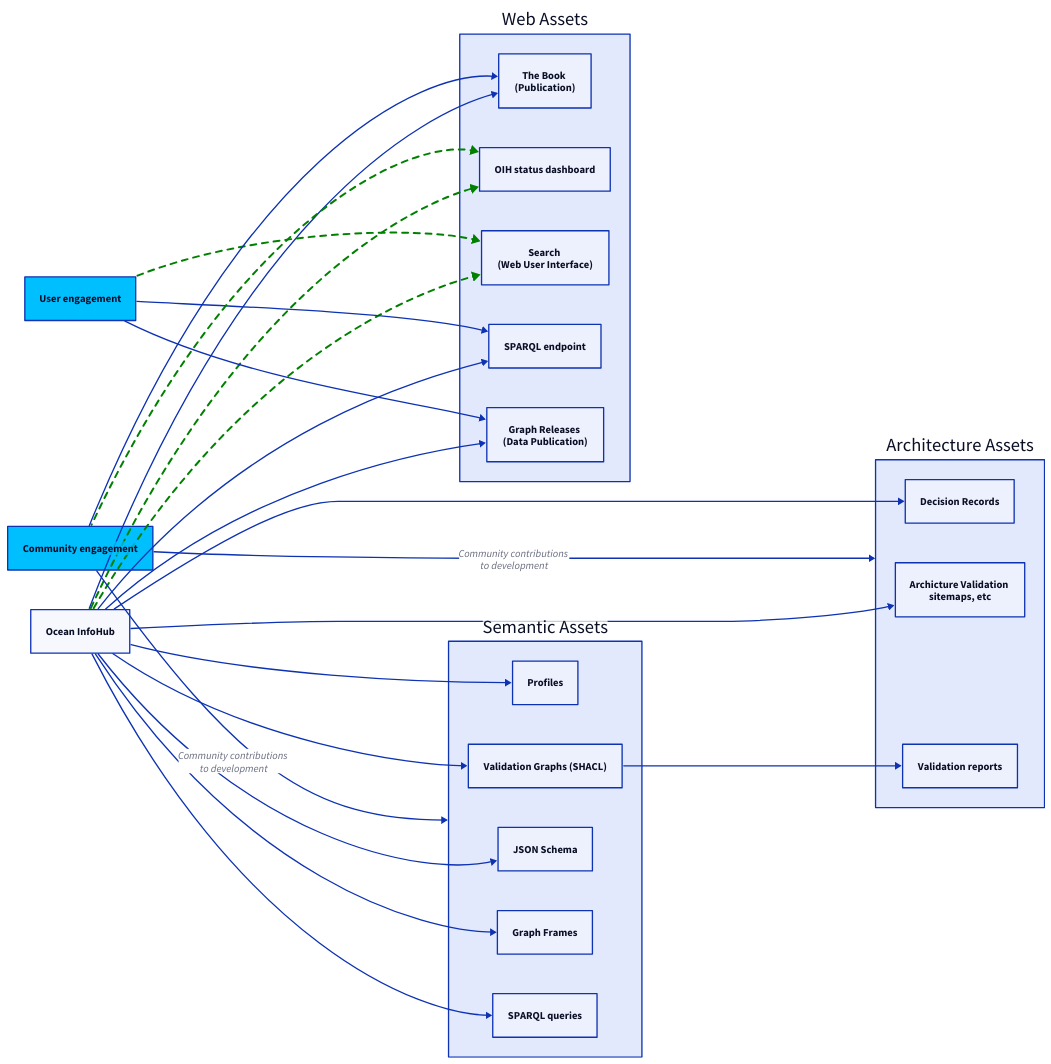
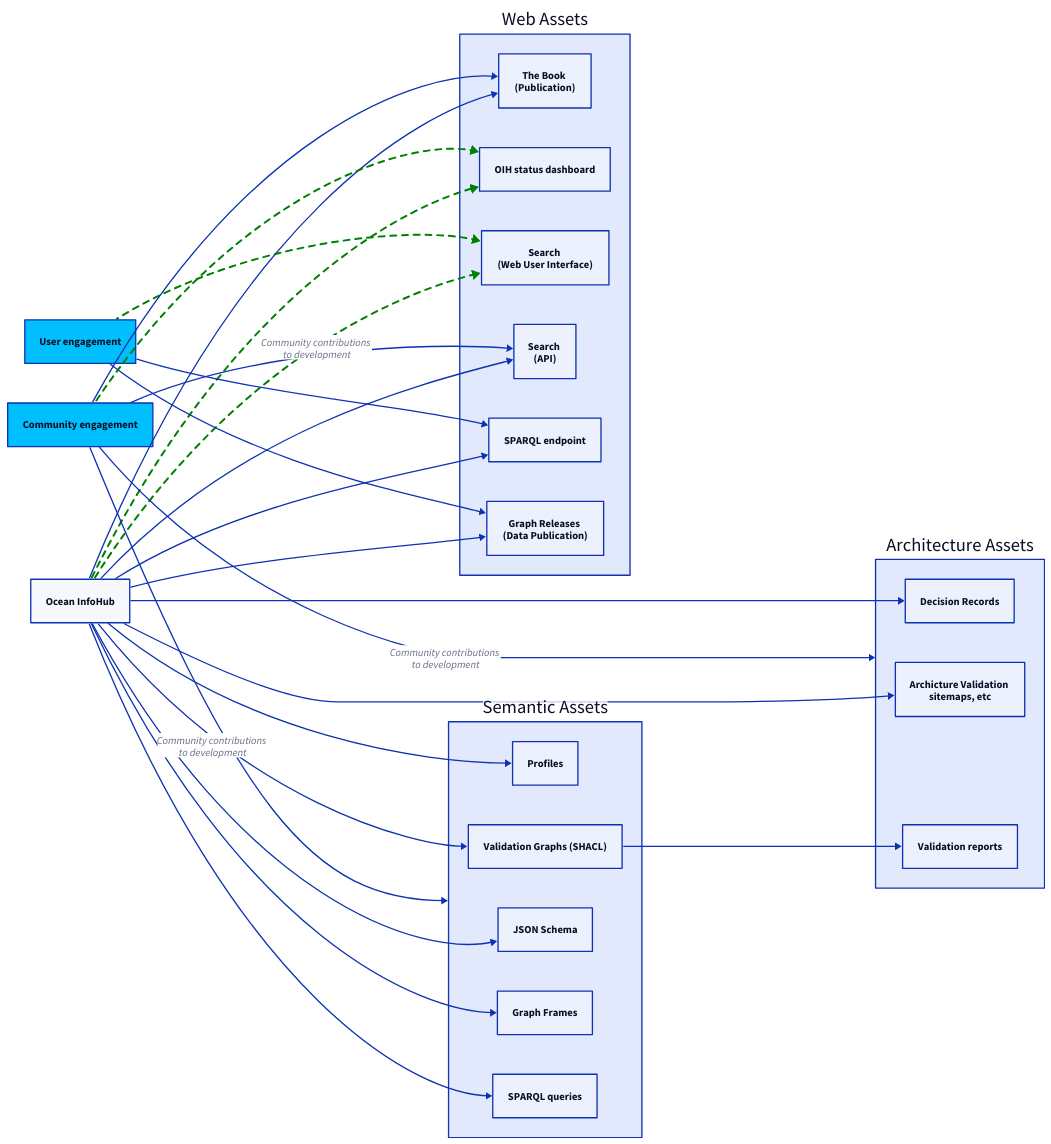
One commit to iodepo/odis-arch changed the diagram in docs/images/oihProducts.d2. Above: the diagram before and after it, drawn with D2. The commit also changed 81 other files, not shown here.

Commit message:
graph tree copy and image updates

```diff
--- a/docs/images/oihProducts.d2
+++ b/docs/images/oihProducts.d2
@@ -1,87 +1,90 @@
 direction: right
 
 oih: Ocean InfoHub
 
 web: Web Assets
 web.book: The Book \n (Publication)
 web.dashboard: OIH status dashboard
 web.search: Search \n (Web User Interface)
+web.api: Search \n (API)
 web.sp: SPARQL endpoint
 web.rg:  Graph Releases \n (Data Publication)
 
 aa: Architecture Assets
 aa.adr:  Decision Records
 aa.av: Archicture Validation \n sitemaps, etc
 aa.reports: Validation reports
 
 oih -> aa.av
 oih -> aa.adr
 
 sa: Semantic Assets
 sa.dg:  Profiles
 sa.sg:  Validation Graphs (SHACL)
 sa.js:  JSON Schema
 sa.fr:  Graph Frames
 sa.rs:  SPARQL queries
 
 
 oih -> web.search {
 style: {
     stroke: green
     stroke-width: 3
     stroke-dash: 3
        }
 }
 oih -> web.dashboard {
 style: {
     stroke: green
     stroke-width: 3
     stroke-dash: 3
        }
 }
 
 oih -> web.sp
+oih -> web.api
 oih -> web.book
 oih -> web.rg
 oih -> sa.dg
 oih -> sa.sg
 oih -> sa.js
 oih -> sa.fr
 oih -> sa.rs
 
 sa.sg -> aa.reports
 
 ce: Community engagement {
   style: {
     fill: deepskyblue
   }
 }
 ue: User engagement {
   style: {
     fill: deepskyblue
   }
 }
 
 web.search <- ue {
 style: {
     stroke: green
     stroke-width: 3
     stroke-dash: 3
        }
 }
 
 web.sp <- ue
 web.rg <- ue
 
 web.dashboard <- ce {
 style: {
     stroke: green
     stroke-width: 3
     stroke-dash: 3
        }
 }
 
 sa <- ce: Community contributions \n to development
 aa <- ce: Community contributions \n to development
+web.api <- ce: Community contributions \n to development
 # sa.reports <- ce : Community feedback loop \n on validation
 web.book <- ce
```
